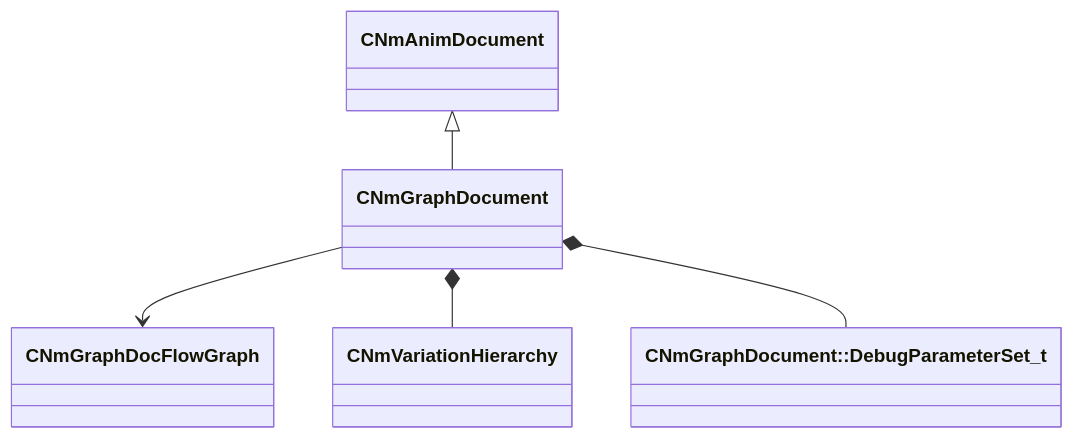
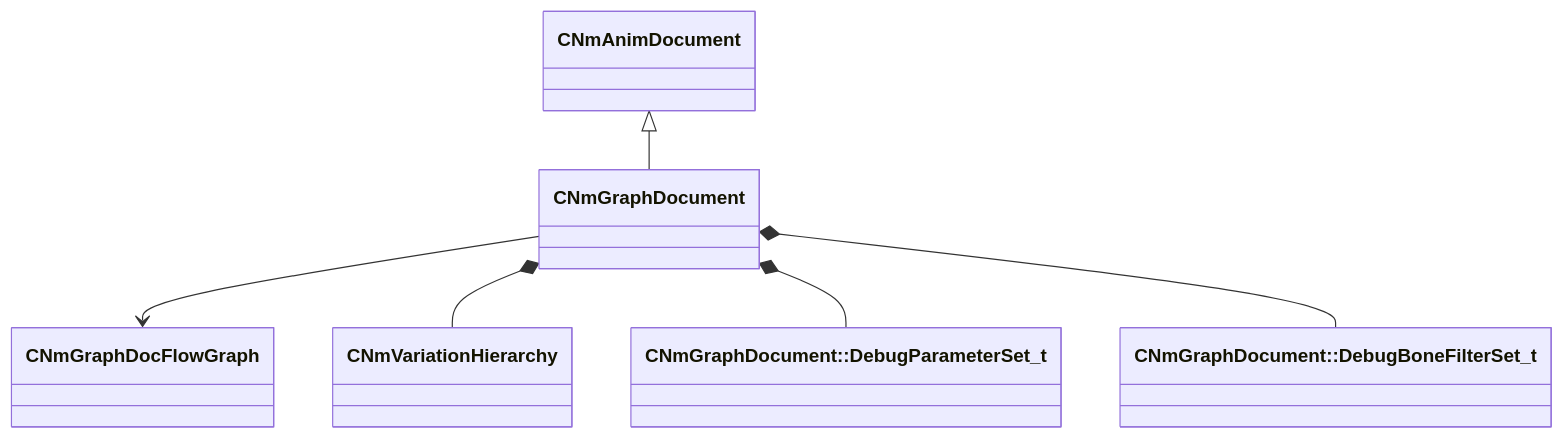
The diagram in docs/generated/schemas/animdoclib/CNmGraphDocument.md (CS2OpenDev/CS2OpenDev-Docs), drawn with Mermaid before and after one commit. The commit also changed other lines of this file and 4654 other files, not shown here.

Commit message:
docs: regenerate for SchemaTracker build 25947352 [skip ci]

````diff
--- a/docs/generated/schemas/animdoclib/CNmGraphDocument.md
+++ b/docs/generated/schemas/animdoclib/CNmGraphDocument.md
@@ -19,7 +19,8 @@
 ```mermaid
 classDiagram
     CNmAnimDocument <|-- CNmGraphDocument
     CNmGraphDocument --> CNmGraphDocFlowGraph
     CNmGraphDocument *-- CNmVariationHierarchy
     CNmGraphDocument *-- `CNmGraphDocument::DebugParameterSet_t`
+    CNmGraphDocument *-- `CNmGraphDocument::DebugBoneFilterSet_t`
 ```
````
